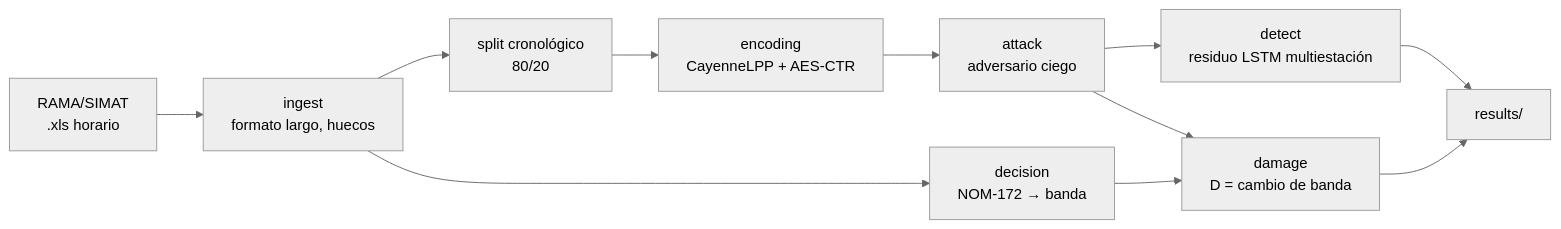
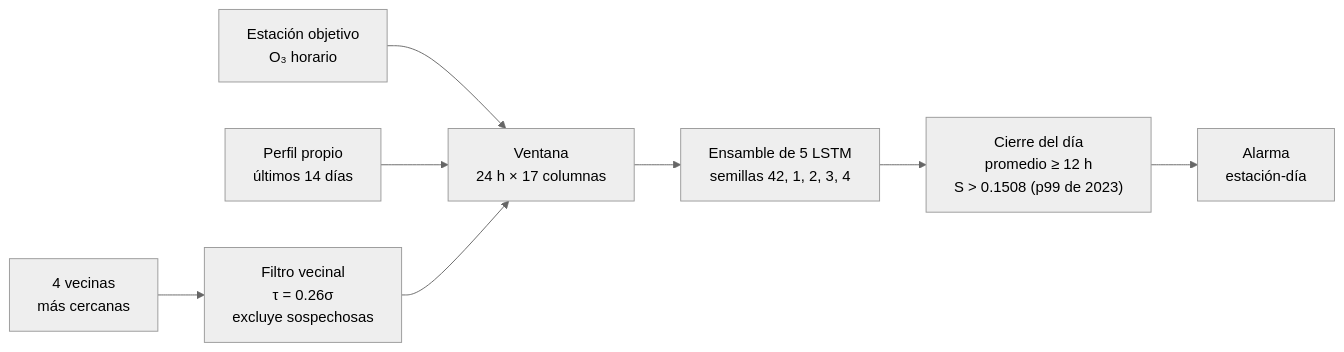
One commit to JoseLili/lorawan11-rama-detection changed the diagram in README.md. Above: the diagram before and after it, drawn with Mermaid (neutral theme). The commit also changed other lines of this file, not shown here.

````diff
--- a/README.md
+++ b/README.md
@@ -132,13 +51,10 @@
 ```mermaid
 flowchart LR
-    A[RAMA/SIMAT<br/>.xls horario] --> B[ingest<br/>formato largo, huecos]
-    B --> C[split cronológico<br/>80/20]
-    C --> D[encoding<br/>CayenneLPP + AES-CTR]
-    D --> E[attack<br/>adversario ciego]
-    E --> F[detect<br/>residuo LSTM multiestación]
-    B --> G[decision<br/>NOM-172 → banda]
-    G --> H[damage<br/>D = cambio de banda]
-    E --> H
-    F --> I[results/]
-    H --> I
+    S[Estación objetivo<br/>O₃ horario] --> W
+    P[Perfil propio<br/>últimos 14 días] --> W
+    V[4 vecinas<br/>más cercanas] --> F[Filtro vecinal<br/>τ = 0.26σ<br/>excluye sospechosas]
+    F --> W[Ventana<br/>24 h × 17 columnas]
+    W --> E[Ensamble de 5 LSTM<br/>semillas 42, 1, 2, 3, 4]
+    E --> D["Cierre del día<br/>promedio ≥ 12 h<br/>S > 0.1508 (p99 de 2023)"]
+    D --> A[Alarma<br/>estación-día]
 ```
````
